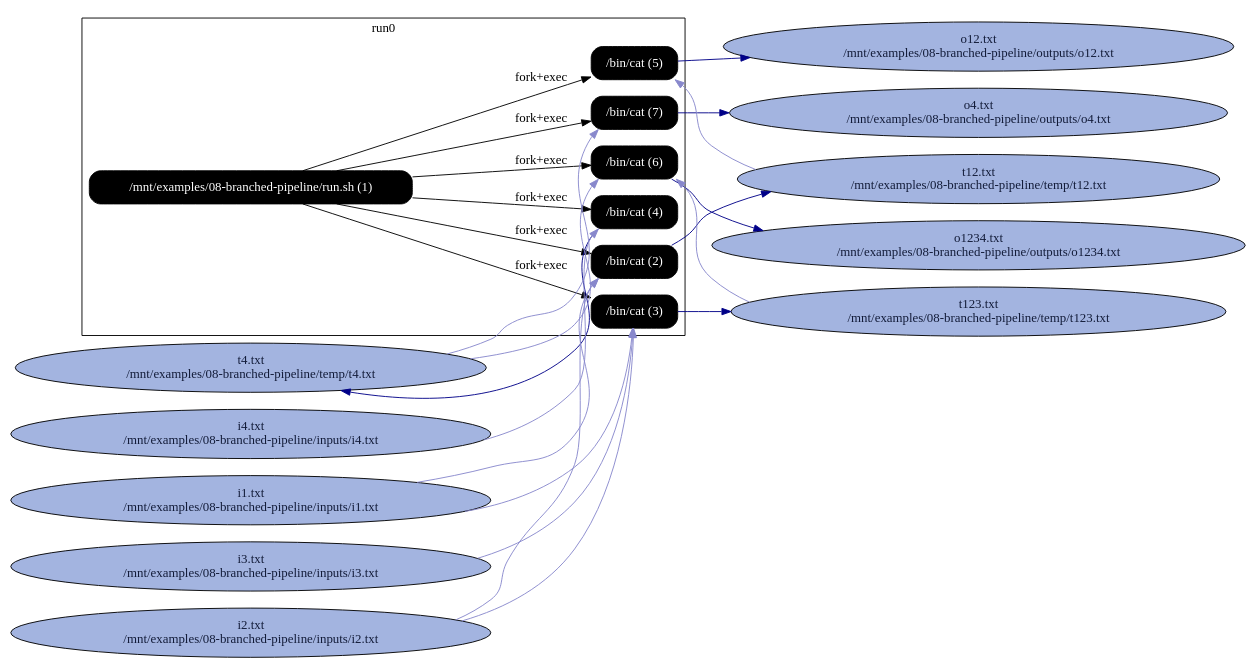
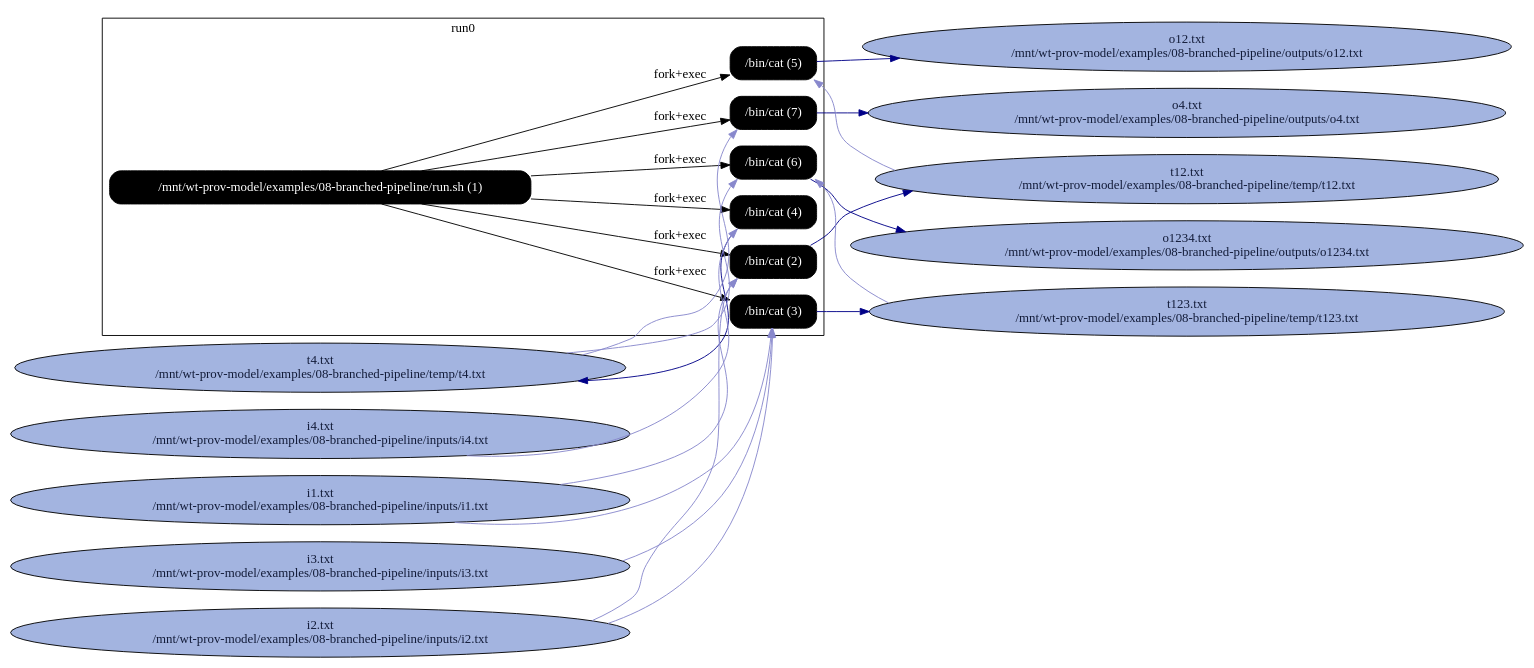
The diagram in examples/08-branched-pipeline/graphs/rpz_B_processes_with_input_and_output_files.dot (CIRSS/cpr), drawn with Graphviz before and after one commit. The commit also changed 106 other files, not shown here.

```diff
--- a/examples/08-branched-pipeline/graphs/rpz_B_processes_with_input_and_output_files.dot
+++ b/examples/08-branched-pipeline/graphs/rpz_B_processes_with_input_and_output_files.dot
@@ -1,53 +1,53 @@
 digraph G {
     rankdir=LR;
 
     /* programs */
     node [shape=box fontcolor=white fillcolor=black style="filled,rounded"];
     subgraph cluster_run0 {
         label="run0";
-        prog0 [label="/mnt/examples/08-branched-pipeline/run.sh (1)"];
+        prog0 [label="/mnt/wt-prov-model/examples/08-branched-pipeline/run.sh (1)"];
         prog1 [label="/bin/cat (2)"];
         prog0 -> prog1 [label="fork+exec"];
         prog2 [label="/bin/cat (3)"];
         prog0 -> prog2 [label="fork+exec"];
         prog3 [label="/bin/cat (4)"];
         prog0 -> prog3 [label="fork+exec"];
         prog4 [label="/bin/cat (5)"];
         prog0 -> prog4 [label="fork+exec"];
         prog5 [label="/bin/cat (6)"];
         prog0 -> prog5 [label="fork+exec"];
         prog6 [label="/bin/cat (7)"];
         prog0 -> prog6 [label="fork+exec"];
     }
 
     node [shape=ellipse fontcolor="#131C39" fillcolor="#C9D2ED"];
 
     /* other files */
-    "/mnt/examples/08-branched-pipeline/inputs/i1.txt" [fillcolor="#A3B4E0", label="i1.txt\n/mnt/examples/08-branched-pipeline/inputs/i1.txt"];
-    "/mnt/examples/08-branched-pipeline/inputs/i2.txt" [fillcolor="#A3B4E0", label="i2.txt\n/mnt/examples/08-branched-pipeline/inputs/i2.txt"];
-    "/mnt/examples/08-branched-pipeline/inputs/i3.txt" [fillcolor="#A3B4E0", label="i3.txt\n/mnt/examples/08-branched-pipeline/inputs/i3.txt"];
-    "/mnt/examples/08-branched-pipeline/inputs/i4.txt" [fillcolor="#A3B4E0", label="i4.txt\n/mnt/examples/08-branched-pipeline/inputs/i4.txt"];
-    "/mnt/examples/08-branched-pipeline/outputs/o12.txt" [fillcolor="#A3B4E0", label="o12.txt\n/mnt/examples/08-branched-pipeline/outputs/o12.txt"];
-    "/mnt/examples/08-branched-pipeline/outputs/o1234.txt" [fillcolor="#A3B4E0", label="o1234.txt\n/mnt/examples/08-branched-pipeline/outputs/o1234.txt"];
-    "/mnt/examples/08-branched-pipeline/outputs/o4.txt" [fillcolor="#A3B4E0", label="o4.txt\n/mnt/examples/08-branched-pipeline/outputs/o4.txt"];
-    "/mnt/examples/08-branched-pipeline/temp/t12.txt" [fillcolor="#A3B4E0", label="t12.txt\n/mnt/examples/08-branched-pipeline/temp/t12.txt"];
-    "/mnt/examples/08-branched-pipeline/temp/t123.txt" [fillcolor="#A3B4E0", label="t123.txt\n/mnt/examples/08-branched-pipeline/temp/t123.txt"];
-    "/mnt/examples/08-branched-pipeline/temp/t4.txt" [fillcolor="#A3B4E0", label="t4.txt\n/mnt/examples/08-branched-pipeline/temp/t4.txt"];
+    "/mnt/wt-prov-model/examples/08-branched-pipeline/inputs/i1.txt" [fillcolor="#A3B4E0", label="i1.txt\n/mnt/wt-prov-model/examples/08-branched-pipeline/inputs/i1.txt"];
+    "/mnt/wt-prov-model/examples/08-branched-pipeline/inputs/i2.txt" [fillcolor="#A3B4E0", label="i2.txt\n/mnt/wt-prov-model/examples/08-branched-pipeline/inputs/i2.txt"];
+    "/mnt/wt-prov-model/examples/08-branched-pipeline/inputs/i3.txt" [fillcolor="#A3B4E0", label="i3.txt\n/mnt/wt-prov-model/examples/08-branched-pipeline/inputs/i3.txt"];
+    "/mnt/wt-prov-model/examples/08-branched-pipeline/inputs/i4.txt" [fillcolor="#A3B4E0", label="i4.txt\n/mnt/wt-prov-model/examples/08-branched-pipeline/inputs/i4.txt"];
+    "/mnt/wt-prov-model/examples/08-branched-pipeline/outputs/o12.txt" [fillcolor="#A3B4E0", label="o12.txt\n/mnt/wt-prov-model/examples/08-branched-pipeline/outputs/o12.txt"];
+    "/mnt/wt-prov-model/examples/08-branched-pipeline/outputs/o1234.txt" [fillcolor="#A3B4E0", label="o1234.txt\n/mnt/wt-prov-model/examples/08-branched-pipeline/outputs/o1234.txt"];
+    "/mnt/wt-prov-model/examples/08-branched-pipeline/outputs/o4.txt" [fillcolor="#A3B4E0", label="o4.txt\n/mnt/wt-prov-model/examples/08-branched-pipeline/outputs/o4.txt"];
+    "/mnt/wt-prov-model/examples/08-branched-pipeline/temp/t12.txt" [fillcolor="#A3B4E0", label="t12.txt\n/mnt/wt-prov-model/examples/08-branched-pipeline/temp/t12.txt"];
+    "/mnt/wt-prov-model/examples/08-branched-pipeline/temp/t123.txt" [fillcolor="#A3B4E0", label="t123.txt\n/mnt/wt-prov-model/examples/08-branched-pipeline/temp/t123.txt"];
+    "/mnt/wt-prov-model/examples/08-branched-pipeline/temp/t4.txt" [fillcolor="#A3B4E0", label="t4.txt\n/mnt/wt-prov-model/examples/08-branched-pipeline/temp/t4.txt"];
 
-    prog1 -> "/mnt/examples/08-branched-pipeline/temp/t12.txt" [color="#000088"];
-    "/mnt/examples/08-branched-pipeline/inputs/i1.txt" -> prog1 [color="#8888CC"];
-    "/mnt/examples/08-branched-pipeline/inputs/i2.txt" -> prog1 [color="#8888CC"];
-    prog2 -> "/mnt/examples/08-branched-pipeline/temp/t123.txt" [color="#000088"];
-    "/mnt/examples/08-branched-pipeline/inputs/i1.txt" -> prog2 [color="#8888CC"];
-    "/mnt/examples/08-branched-pipeline/inputs/i2.txt" -> prog2 [color="#8888CC"];
-    "/mnt/examples/08-branched-pipeline/inputs/i3.txt" -> prog2 [color="#8888CC"];
-    prog3 -> "/mnt/examples/08-branched-pipeline/temp/t4.txt" [color="#000088"];
-    "/mnt/examples/08-branched-pipeline/inputs/i4.txt" -> prog3 [color="#8888CC"];
-    prog4 -> "/mnt/examples/08-branched-pipeline/outputs/o12.txt" [color="#000088"];
-    "/mnt/examples/08-branched-pipeline/temp/t12.txt" -> prog4 [color="#8888CC"];
-    prog5 -> "/mnt/examples/08-branched-pipeline/outputs/o1234.txt" [color="#000088"];
-    "/mnt/examples/08-branched-pipeline/temp/t123.txt" -> prog5 [color="#8888CC"];
-    "/mnt/examples/08-branched-pipeline/temp/t4.txt" -> prog5 [color="#8888CC"];
-    prog6 -> "/mnt/examples/08-branched-pipeline/outputs/o4.txt" [color="#000088"];
-    "/mnt/examples/08-branched-pipeline/temp/t4.txt" -> prog6 [color="#8888CC"];
+    prog1 -> "/mnt/wt-prov-model/examples/08-branched-pipeline/temp/t12.txt" [color="#000088"];
+    "/mnt/wt-prov-model/examples/08-branched-pipeline/inputs/i1.txt" -> prog1 [color="#8888CC"];
+    "/mnt/wt-prov-model/examples/08-branched-pipeline/inputs/i2.txt" -> prog1 [color="#8888CC"];
+    prog2 -> "/mnt/wt-prov-model/examples/08-branched-pipeline/temp/t123.txt" [color="#000088"];
+    "/mnt/wt-prov-model/examples/08-branched-pipeline/inputs/i1.txt" -> prog2 [color="#8888CC"];
+    "/mnt/wt-prov-model/examples/08-branched-pipeline/inputs/i2.txt" -> prog2 [color="#8888CC"];
+    "/mnt/wt-prov-model/examples/08-branched-pipeline/inputs/i3.txt" -> prog2 [color="#8888CC"];
+    prog3 -> "/mnt/wt-prov-model/examples/08-branched-pipeline/temp/t4.txt" [color="#000088"];
+    "/mnt/wt-prov-model/examples/08-branched-pipeline/inputs/i4.txt" -> prog3 [color="#8888CC"];
+    prog4 -> "/mnt/wt-prov-model/examples/08-branched-pipeline/outputs/o12.txt" [color="#000088"];
+    "/mnt/wt-prov-model/examples/08-branched-pipeline/temp/t12.txt" -> prog4 [color="#8888CC"];
+    prog5 -> "/mnt/wt-prov-model/examples/08-branched-pipeline/outputs/o1234.txt" [color="#000088"];
+    "/mnt/wt-prov-model/examples/08-branched-pipeline/temp/t123.txt" -> prog5 [color="#8888CC"];
+    "/mnt/wt-prov-model/examples/08-branched-pipeline/temp/t4.txt" -> prog5 [color="#8888CC"];
+    prog6 -> "/mnt/wt-prov-model/examples/08-branched-pipeline/outputs/o4.txt" [color="#000088"];
+    "/mnt/wt-prov-model/examples/08-branched-pipeline/temp/t4.txt" -> prog6 [color="#8888CC"];
 }
```
